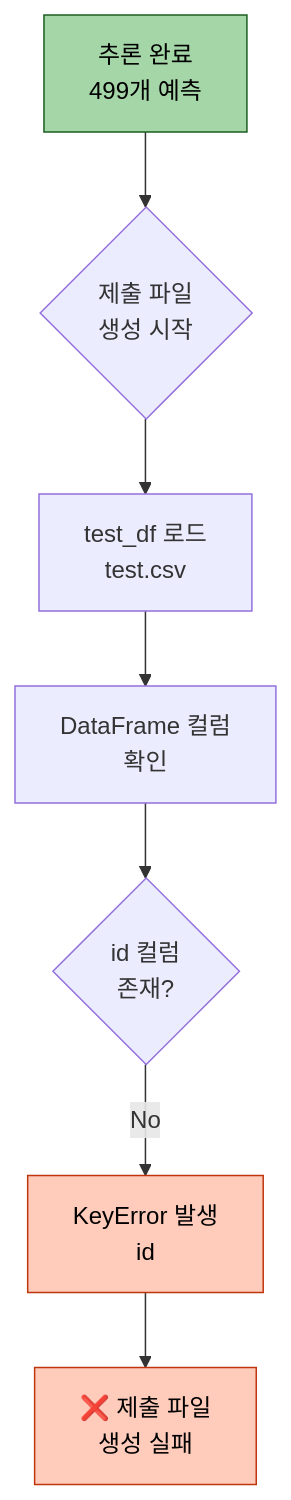
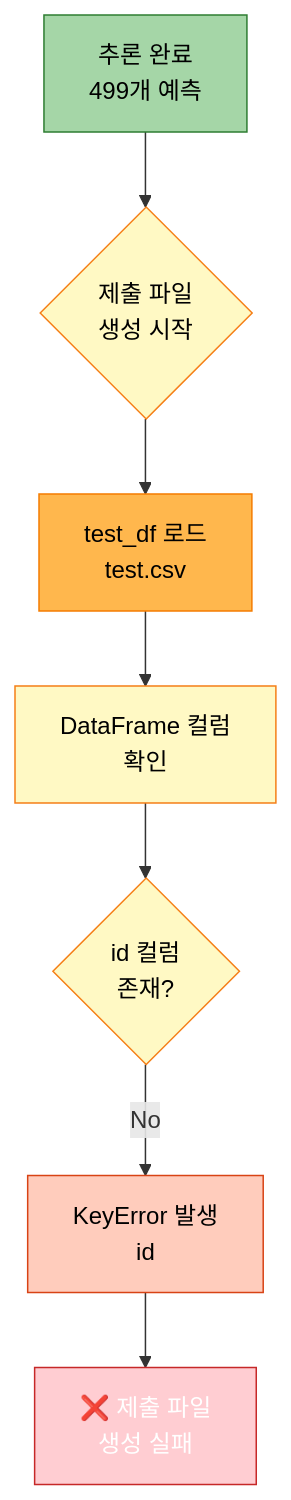
Before and after one commit to AIBootcamp14/naturallanguageprocessingcompetition-nlp-1: diagram 13 of 15 in docs/experiments/20251013_111525_strategy1_kobart_optimized_실험분석.md, drawn with Mermaid. The commit also changed other lines of this file, not shown here.

Commit message:
fix: 실험 분석 문서 mermaid 스타일 수정   - 모든 mermaid 다이어그램을 개별 노드 스타일 형식으로 변경   - subgraph 스타일 제거, 개별 노드별 색상 적용   - 20251012 문서 스타일 형식에 맞춰 통일   - experiments_style.md의 모든 예시 코드도 동일하게 수정

````diff
--- a/docs/experiments/20251013_111525_strategy1_kobart_optimized_실험분석.md
+++ b/docs/experiments/20251013_111525_strategy1_kobart_optimized_실험분석.md
@@ -652,13 +659,17 @@
 ```mermaid
 graph TB
     A[추론 완료<br/>499개 예측] --> B{제출 파일<br/>생성 시작}
     B --> C[test_df 로드<br/>test.csv]
     C --> D[DataFrame 컬럼<br/>확인]
     D --> E{id 컬럼<br/>존재?}
     E -->|No| F[KeyError 발생<br/>id]
     F --> G[❌ 제출 파일<br/>생성 실패]
 
-    style A fill:#a5d6a7,stroke:#1b5e20,color:#000
-    style F fill:#ffccbc,stroke:#bf360c,color:#000
-    style G fill:#ffccbc,stroke:#bf360c,color:#000
+    style A fill:#a5d6a7,stroke:#2e7d32,color:#000
+    style B fill:#fff9c4,stroke:#f57f17,color:#000
+    style C fill:#ffb74d,stroke:#f57c00,color:#000
+    style D fill:#fff9c4,stroke:#f57f17,color:#000
+    style E fill:#fff9c4,stroke:#f57f17,color:#000
+    style F fill:#ffccbc,stroke:#d84315,color:#000
+    style G fill:#ffcdd2,stroke:#c62828,color:#fff
 ```
````
